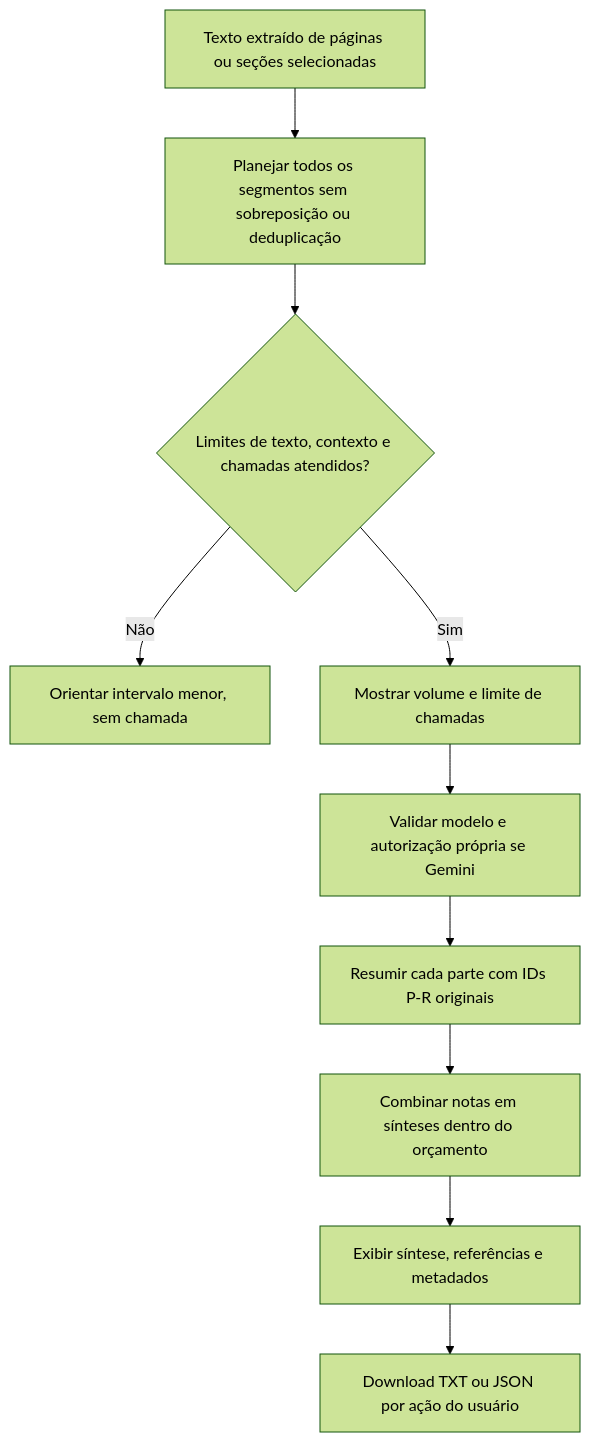
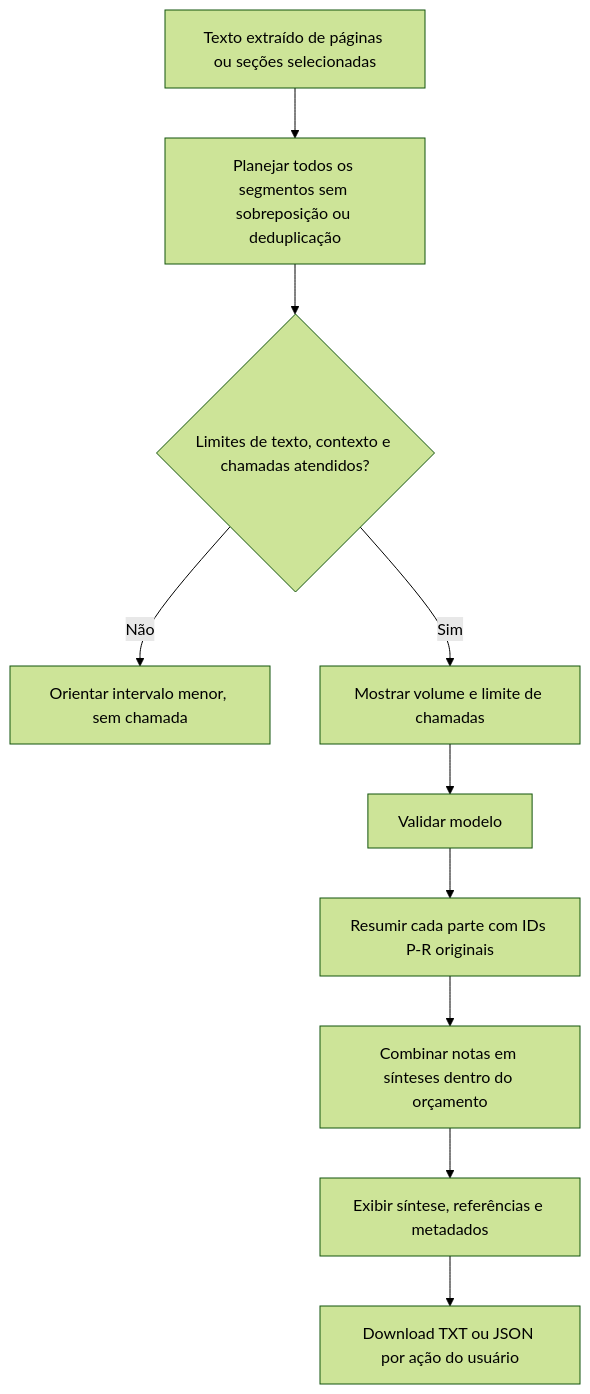
The second of 2 diagrams in docs/ARQUITETURA.md (gustavohleao/alertagolpe), drawn with Mermaid (forest theme) before and after one commit. The commit also changed other lines of this file and 20 other files, not shown here.

````diff
--- a/docs/ARQUITETURA.md
+++ b/docs/ARQUITETURA.md
@@ -63,12 +63,12 @@
 ```mermaid
 flowchart TD
     A[Texto extraído de páginas ou seções selecionadas] --> B[Planejar todos os segmentos sem sobreposição ou deduplicação]
     B --> C{Limites de texto, contexto e chamadas atendidos?}
     C -->|Não| D[Orientar intervalo menor, sem chamada]
     C -->|Sim| E[Mostrar volume e limite de chamadas]
-    E --> F[Validar modelo e autorização própria se Gemini]
+    E --> F[Validar modelo]
     F --> G[Resumir cada parte com IDs P-R originais]
     G --> H[Combinar notas em sínteses dentro do orçamento]
     H --> I[Exibir síntese, referências e metadados]
     I --> J[Download TXT ou JSON por ação do usuário]
 ```
````
